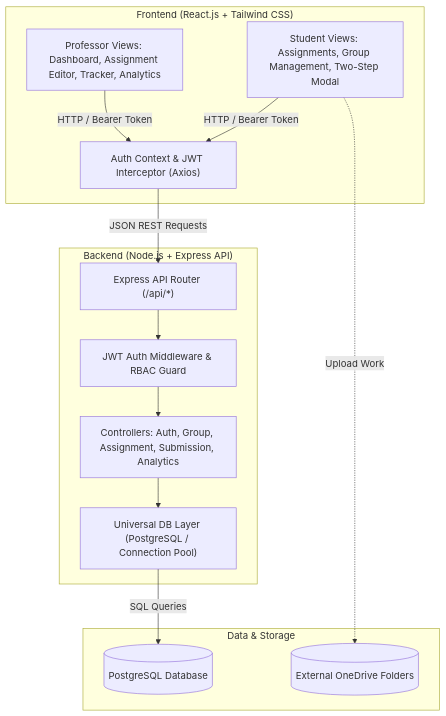
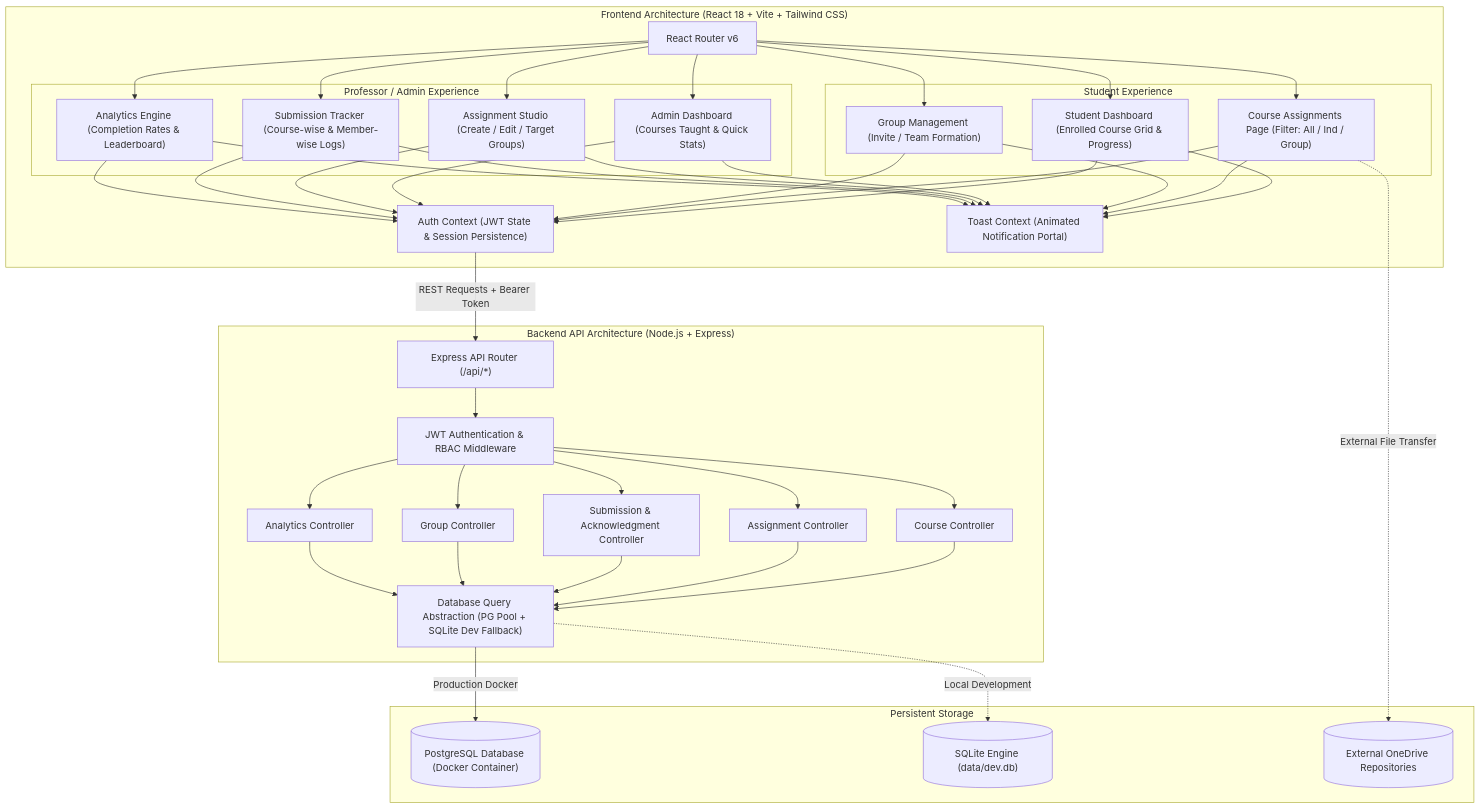
One commit to oubair777/StudentGroupManagement changed the second of 3 diagrams in README.md. Above: the diagram before and after it, drawn with Mermaid. The commit also changed other lines of this file and 26 other files, not shown here.

Commit message:
feat: complete Round 2 with course management, UI/UX polish and group leader acknowledgment

````diff
--- a/README.md
+++ b/README.md
@@ -41,29 +98,48 @@
 ```mermaid
 flowchart TD
-    subgraph Client ["Frontend (React.js + Tailwind CSS)"]
-        UI_A["Student Views: Assignments, Group Management, Two-Step Modal"]
-        UI_B["Professor Views: Dashboard, Assignment Editor, Tracker, Analytics"]
-        AuthContext["Auth Context & JWT Interceptor (Axios)"]
+    subgraph Client ["Frontend Architecture (React 18 + Vite + Tailwind CSS)"]
+        Router["React Router v6"]
+        AuthCtx["Auth Context (JWT State & Session Persistence)"]
+        ToastCtx["Toast Context (Animated Notification Portal)"]
+        
+        subgraph StudentViews ["Student Experience"]
+            SDash["Student Dashboard (Enrolled Course Grid & Progress)"]
+            CAssign["Course Assignments Page (Filter: All / Ind / Group)"]
+            SGroup["Group Management (Invite / Team Formation)"]
+        end
+        
+        subgraph AdminViews ["Professor / Admin Experience"]
+            ADash["Admin Dashboard (Courses Taught & Quick Stats)"]
+            AAssign["Assignment Studio (Create / Edit / Target Groups)"]
+            ASub["Submission Tracker (Course-wise & Member-wise Logs)"]
+            AAnalytics["Analytics Engine (Completion Rates & Leaderboard)"]
+        end
     end
 
-    subgraph Server ["Backend (Node.js + Express API)"]
-        Router["Express API Router (/api/*)"]
-        AuthMid["JWT Auth Middleware & RBAC Guard"]
-        Controllers["Controllers: Auth, Group, Assignment, Submission, Analytics"]
-        DB_Layer["Universal DB Layer (PostgreSQL / Connection Pool)"]
+    subgraph Backend ["Backend API Architecture (Node.js + Express)"]
+        APIRouter["Express API Router (/api/*)"]
+        JWTMiddleware["JWT Authentication & RBAC Middleware"]
+        CourseCtrl["Course Controller"]
+        AsgnCtrl["Assignment Controller"]
+        SubCtrl["Submission & Acknowledgment Controller"]
+        GrpCtrl["Group Controller"]
+        AnalyticsCtrl["Analytics Controller"]
+        DBAbstract["Database Query Abstraction (PG Pool + SQLite Dev Fallback)"]
     end
 
-    subgraph Storage ["Data & Storage"]
-        PG[("PostgreSQL Database")]
-        OneDrive[("External OneDrive Folders")]
+    subgraph Storage ["Persistent Storage"]
+        PostgresDB[("PostgreSQL Database (Docker Container)")]
+        LocalSQLite[("SQLite Engine (data/dev.db)")]
+        OneDriveExt[("External OneDrive Repositories")]
     end
 
-    UI_A -->|HTTP / Bearer Token| AuthContext
-    UI_B -->|HTTP / Bearer Token| AuthContext
-    AuthContext -->|JSON REST Requests| Router
-    Router --> AuthMid
-    AuthMid --> Controllers
-    Controllers --> DB_Layer
-    DB_Layer -->|SQL Queries| PG
-    UI_A -.->|Upload Work| OneDrive
+    Router --> SDash & CAssign & SGroup & ADash & AAssign & ASub & AAnalytics
+    SDash & CAssign & SGroup & ADash & AAssign & ASub & AAnalytics --> AuthCtx & ToastCtx
+    AuthCtx -->|REST Requests + Bearer Token| APIRouter
+    APIRouter --> JWTMiddleware
+    JWTMiddleware --> CourseCtrl & AsgnCtrl & SubCtrl & GrpCtrl & AnalyticsCtrl
+    CourseCtrl & AsgnCtrl & SubCtrl & GrpCtrl & AnalyticsCtrl --> DBAbstract
+    DBAbstract -->|Production Docker| PostgresDB
+    DBAbstract -.->|Local Development| LocalSQLite
+    CAssign -.->|External File Transfer| OneDriveExt
 ```
````
